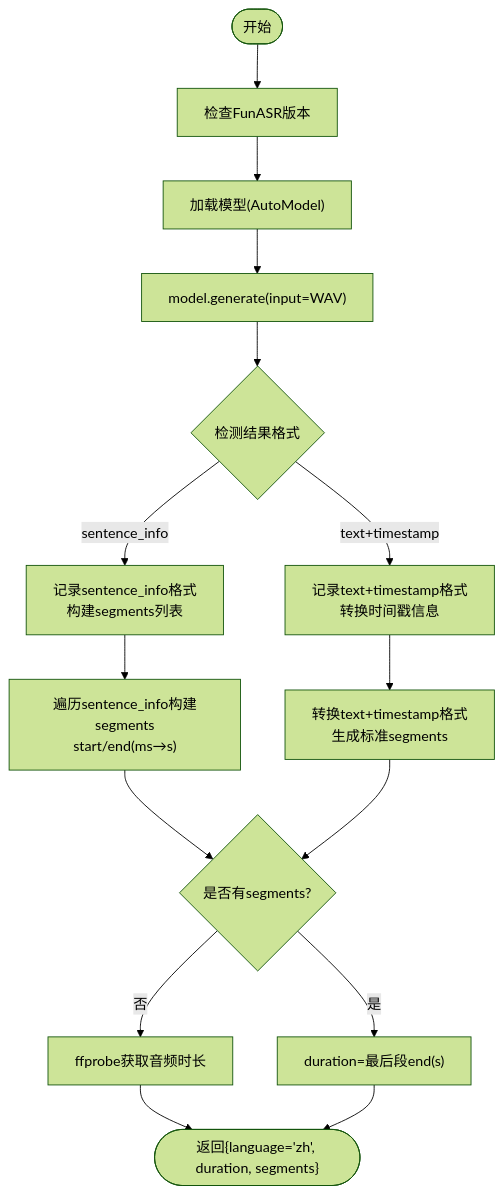
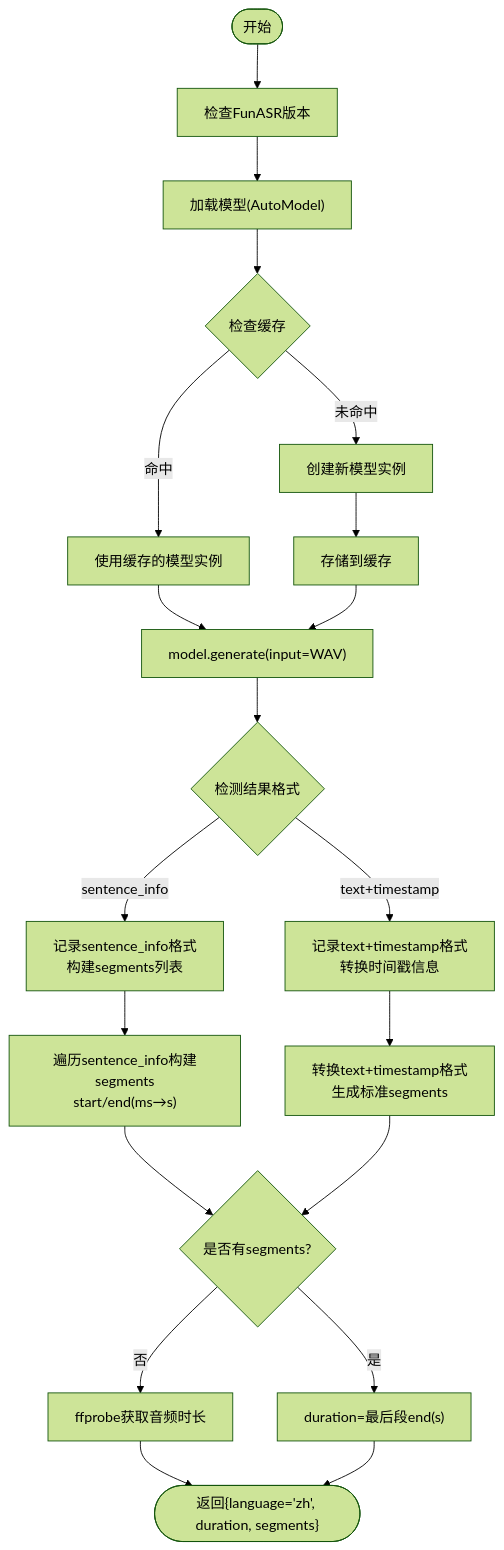
Before and after one commit to boyingliu01/VideoSplitter: the fourth of 8 diagrams in .qoder/repowiki/zh/content/语音识别引擎/FunASR集成.md, drawn with Mermaid (forest theme). The commit also changed other lines of this file and 147 other files, not shown here.

````diff
--- a/.qoder/repowiki/zh/content/语音识别引擎/FunASR集成.md
+++ b/.qoder/repowiki/zh/content/语音识别引擎/FunASR集成.md
@@ -178,17 +190,22 @@
 ```mermaid
 flowchart TD
 Start(["开始"]) --> CheckVersion["检查FunASR版本"]
 CheckVersion --> LoadModel["加载模型(AutoModel)"]
-LoadModel --> Generate["model.generate(input=WAV)"]
+LoadModel --> CacheCheck{"检查缓存"}
+CacheCheck --> |命中| UseCached["使用缓存的模型实例"]
+CacheCheck --> |未命中| CreateNew["创建新模型实例"]
+CreateNew --> StoreCache["存储到缓存"]
+UseCached --> Generate["model.generate(input=WAV)"]
+StoreCache --> Generate
 Generate --> Parse{"检测结果格式"}
 Parse --> |sentence_info| LogFormat["记录sentence_info格式<br/>构建segments列表"]
 Parse --> |text+timestamp| LogAlt["记录text+timestamp格式<br/>转换时间戳信息"]
 LogFormat --> BuildSegs["遍历sentence_info构建segments<br/>start/end(ms→s)"]
 LogAlt --> ConvertTS["转换text+timestamp格式<br/>生成标准segments"]
 BuildSegs --> LastEnd{"是否有segments?"}
 ConvertTS --> LastEnd
 LastEnd --> |是| UseLast["duration=最后段end(s)"]
 LastEnd --> |否| FallbackDur["ffprobe获取音频时长"]
 FallbackDur --> Done(["返回{language='zh', duration, segments}"])
 UseLast --> Done
 ```
````
